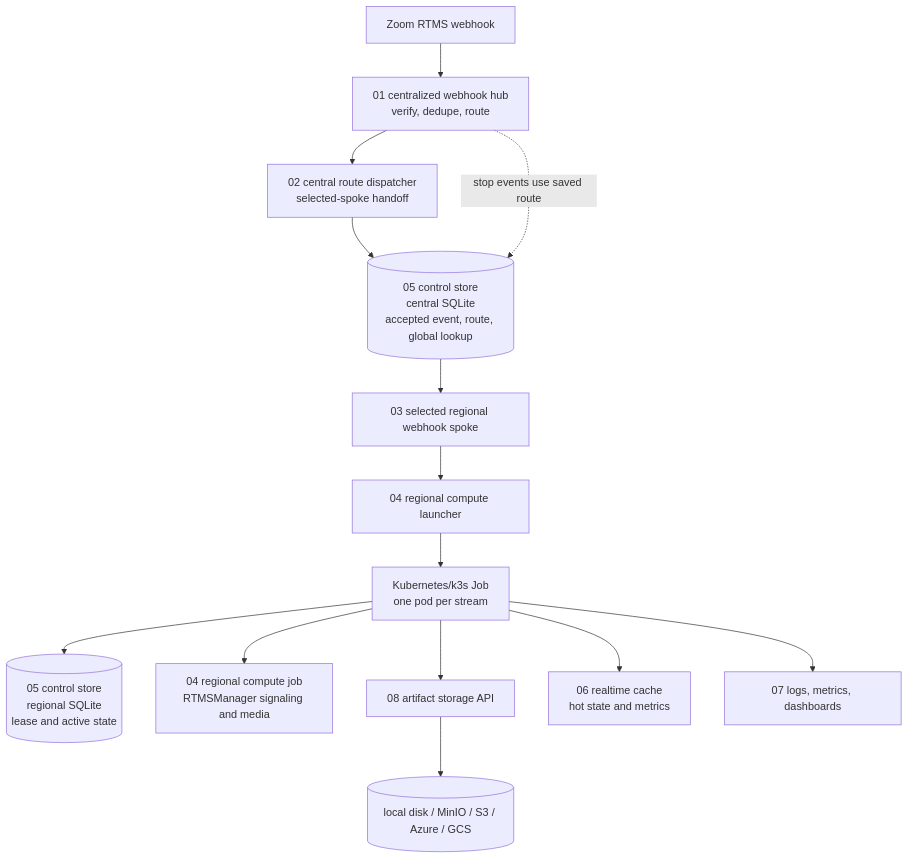
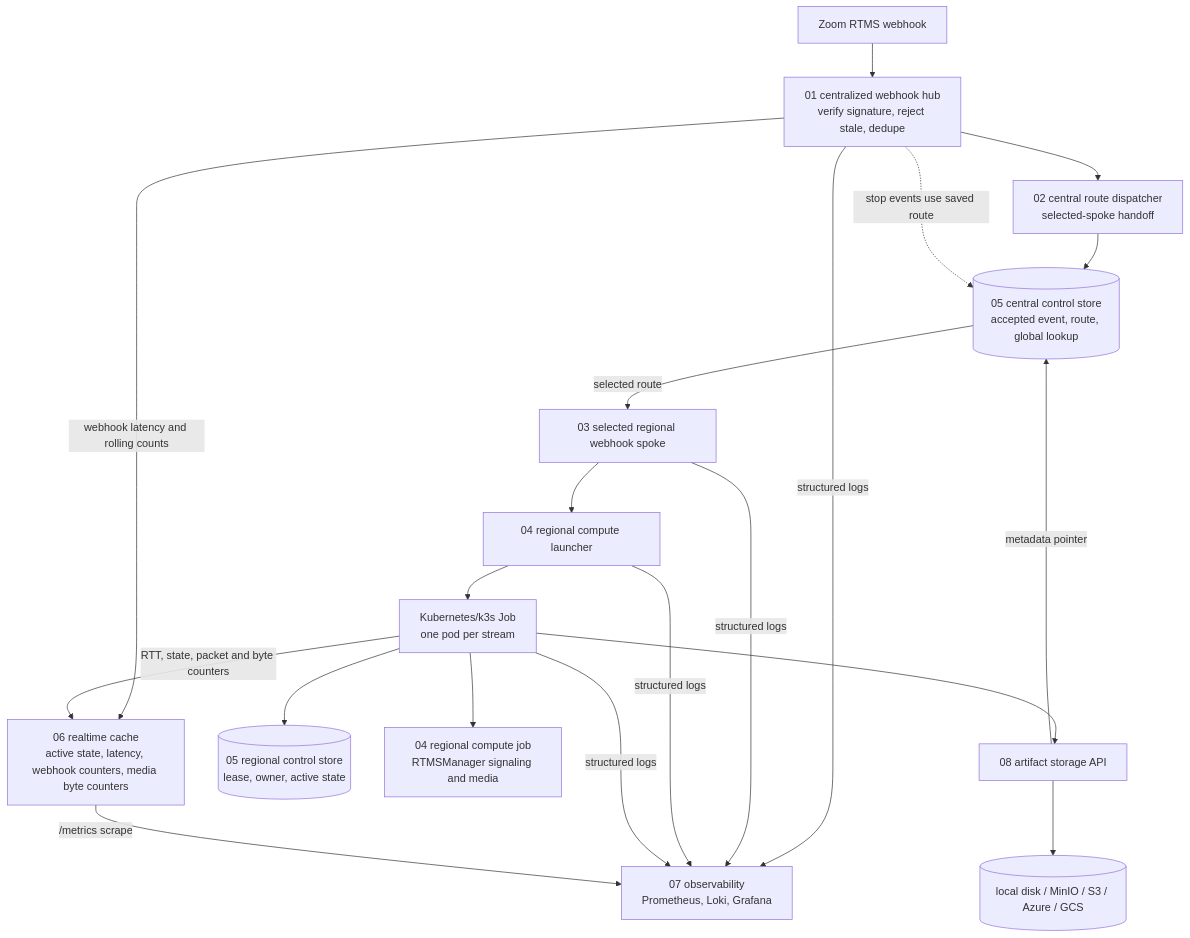
The diagram in rtms-distributed-sample/README.md (gengtang26/rtms-samples), drawn with Mermaid before and after one commit. The commit also changed other lines of this file and 26 other files, not shown here.

Commit message:
Add RTMS distributed observability and telemetry

````diff
--- a/rtms-distributed-sample/README.md
+++ b/rtms-distributed-sample/README.md
@@ -19,16 +20,22 @@
 ```mermaid
 flowchart TD
-  Zoom[Zoom RTMS webhook] --> Hub[01 centralized webhook hub<br/>verify, dedupe, route]
+  Zoom[Zoom RTMS webhook] --> Hub[01 centralized webhook hub<br/>verify signature, reject stale, dedupe]
   Hub --> Dispatcher[02 central route dispatcher<br/>selected-spoke handoff]
-  Dispatcher --> Central[(05 control store<br/>central SQLite<br/>accepted event, route, global lookup)]
-  Central --> Spoke[03 selected regional webhook spoke]
+  Hub -->|webhook latency and rolling counts| Cache[06 realtime cache<br/>active state, latency, webhook counters, media byte counters]
+  Hub -->|structured logs| Obs[07 observability<br/>Prometheus, Loki, Grafana]
+  Dispatcher --> Central[(05 central control store<br/>accepted event, route, global lookup)]
+  Central -->|selected route| Spoke[03 selected regional webhook spoke]
+  Spoke -->|structured logs| Obs
   Spoke --> Launcher[04 regional compute launcher]
   Launcher --> Job[Kubernetes/k3s Job<br/>one pod per stream]
-  Job --> Regional[(05 control store<br/>regional SQLite<br/>lease and active state)]
+  Launcher -->|structured logs| Obs
+  Job --> Regional[(05 regional control store<br/>lease, owner, active state)]
   Job --> Manager[04 regional compute job<br/>RTMSManager signaling and media]
+  Job -->|RTT, state, packet and byte counters| Cache
+  Job -->|structured logs| Obs
   Job --> Artifact[08 artifact storage API]
   Artifact --> Blob[(local disk / MinIO / S3 / Azure / GCS)]
-  Job --> Cache[06 realtime cache<br/>hot state and metrics]
-  Job --> Obs[07 logs, metrics, dashboards]
+  Artifact -->|metadata pointer| Central
+  Cache -->|/metrics scrape| Obs
   Hub -. stop events use saved route .-> Central
 ```
````
